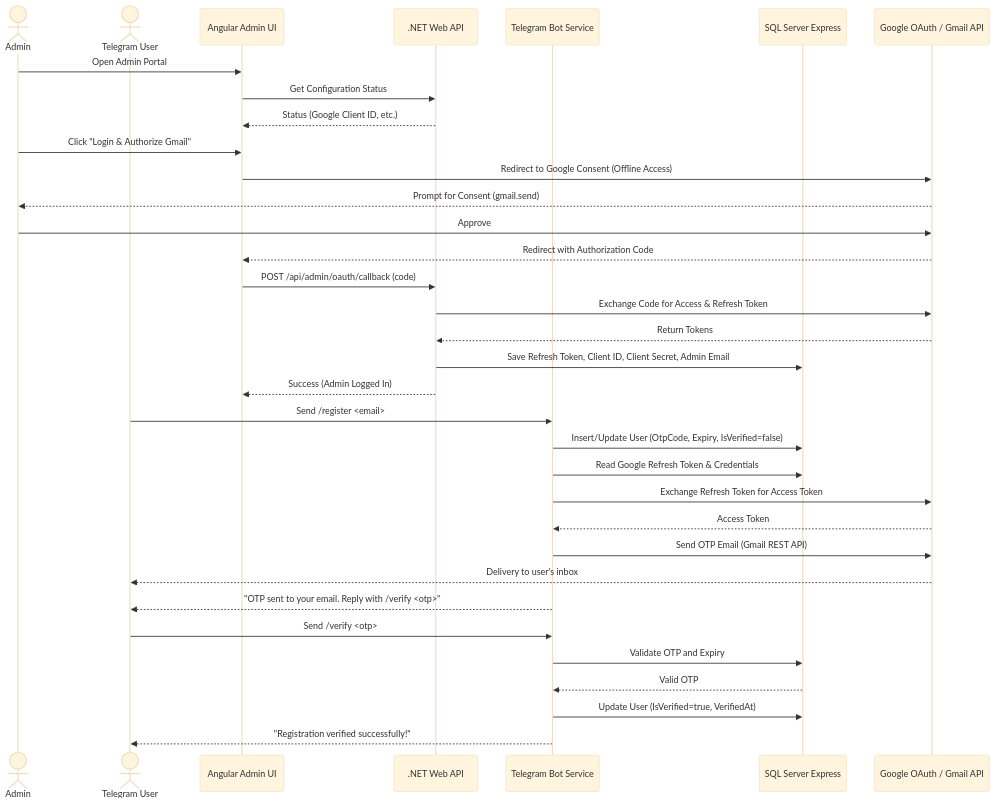
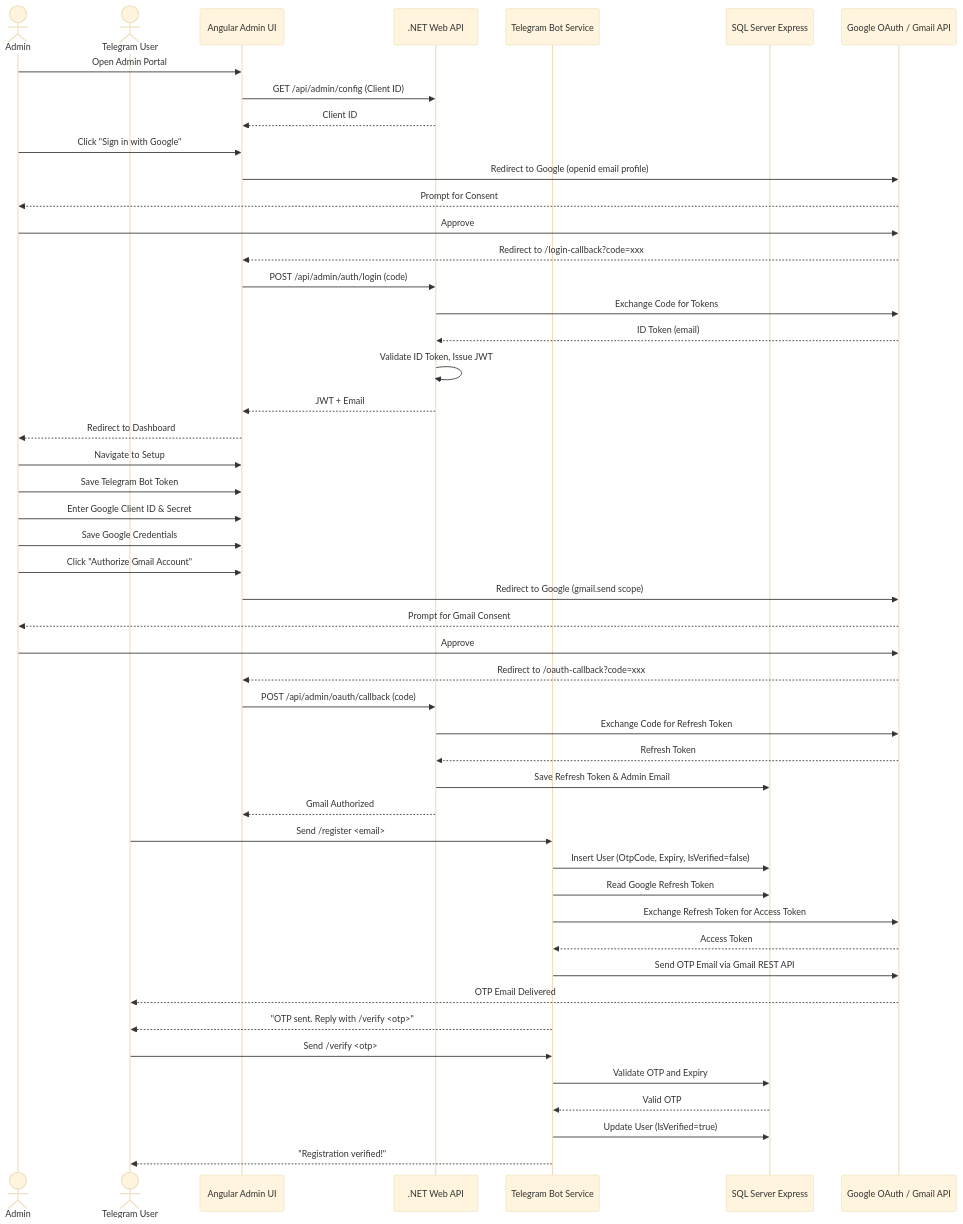
One commit to mayurjp/RemoteAssistant changed the diagram in readme.md. Above: the diagram before and after it, drawn with Mermaid (base theme). The commit also changed other lines of this file and 21 other files, not shown here.

First line of the commit message:
feat: Implement Google OAuth login flow and enhance authentication features

````diff
--- a/readme.md
+++ b/readme.md
@@ -9,42 +9,55 @@
 ```mermaid
 sequenceDiagram
     actor Admin
     actor User as Telegram User
     participant Angular as Angular Admin UI
     participant WebApi as .NET Web API
     participant Worker as Telegram Bot Service
     participant DB as SQL Server Express
     participant Google as Google OAuth / Gmail API
 
-    %% Admin Setup Flow
     Admin->>Angular: Open Admin Portal
-    Angular->>WebApi: Get Configuration Status
-    WebApi-->>Angular: Status (Google Client ID, etc.)
-    Admin->>Angular: Click "Login & Authorize Gmail"
-    Angular->>Google: Redirect to Google Consent (Offline Access)
-    Google-->>Admin: Prompt for Consent (gmail.send)
+    Angular->>WebApi: GET /api/admin/config (Client ID)
+    WebApi-->>Angular: Client ID
+    Admin->>Angular: Click "Sign in with Google"
+    Angular->>Google: Redirect to Google (openid email profile)
+    Google-->>Admin: Prompt for Consent
     Admin->>Google: Approve
-    Google-->>Angular: Redirect with Authorization Code
+    Google-->>Angular: Redirect to /login-callback?code=xxx
+    Angular->>WebApi: POST /api/admin/auth/login (code)
+    WebApi->>Google: Exchange Code for Tokens
+    Google-->>WebApi: ID Token (email)
+    WebApi->>WebApi: Validate ID Token, Issue JWT
+    WebApi-->>Angular: JWT + Email
+    Angular-->>Admin: Redirect to Dashboard
+
+    Admin->>Angular: Navigate to Setup
+    Admin->>Angular: Save Telegram Bot Token
+    Admin->>Angular: Enter Google Client ID & Secret
+    Admin->>Angular: Save Google Credentials
+    Admin->>Angular: Click "Authorize Gmail Account"
+    Angular->>Google: Redirect to Google (gmail.send scope)
+    Google-->>Admin: Prompt for Gmail Consent
+    Admin->>Google: Approve
+    Google-->>Angular: Redirect to /oauth-callback?code=xxx
     Angular->>WebApi: POST /api/admin/oauth/callback (code)
-    WebApi->>Google: Exchange Code for Access & Refresh Token
-    Google-->>WebApi: Return Tokens
-    WebApi->>DB: Save Refresh Token, Client ID, Client Secret, Admin Email
-    WebApi-->>Angular: Success (Admin Logged In)
+    WebApi->>Google: Exchange Code for Refresh Token
+    Google-->>WebApi: Refresh Token
+    WebApi->>DB: Save Refresh Token & Admin Email
+    WebApi-->>Angular: Gmail Authorized
 
-    %% User Registration Flow
     User->>Worker: Send /register <email>
-    Worker->>DB: Insert/Update User (OtpCode, Expiry, IsVerified=false)
-    Worker->>DB: Read Google Refresh Token & Credentials
+    Worker->>DB: Insert User (OtpCode, Expiry, IsVerified=false)
+    Worker->>DB: Read Google Refresh Token
     Worker->>Google: Exchange Refresh Token for Access Token
     Google-->>Worker: Access Token
-    Worker->>Google: Send OTP Email (Gmail REST API)
-    Google-->>User: Delivery to user's inbox
-    Worker-->>User: "OTP sent to your email. Reply with /verify <otp>"
+    Worker->>Google: Send OTP Email via Gmail REST API
+    Google-->>User: OTP Email Delivered
+    Worker-->>User: "OTP sent. Reply with /verify <otp>"
 
-    %% User Verification Flow
     User->>Worker: Send /verify <otp>
     Worker->>DB: Validate OTP and Expiry
     DB-->>Worker: Valid OTP
-    Worker->>DB: Update User (IsVerified=true, VerifiedAt)
-    Worker-->>User: "Registration verified successfully!"
+    Worker->>DB: Update User (IsVerified=true)
+    Worker-->>User: "Registration verified!"
 ```
````
